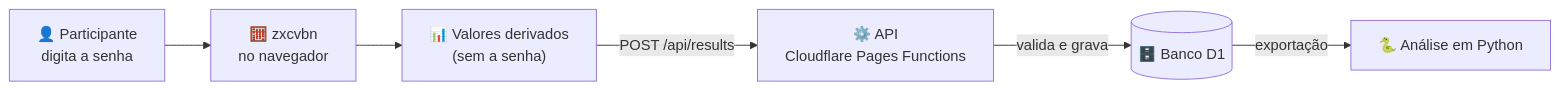
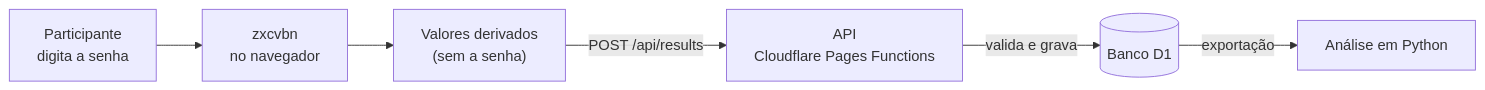
The diagram in README.md (matheusyuribr/pesquisa-senhas-pucminas), drawn with Mermaid before and after one commit. The commit also changed other lines of this file, not shown here.

````diff
--- a/README.md
+++ b/README.md
@@ -46,8 +46,8 @@
 ```mermaid
 flowchart LR
-    A["👤 Participante<br/>digita a senha"] --> B["🧮 zxcvbn<br/>no navegador"]
-    B --> C["📊 Valores derivados<br/>(sem a senha)"]
-    C -->|"POST /api/results"| D["⚙️ API<br/>Cloudflare Pages Functions"]
-    D -->|valida e grava| E[("🗄️ Banco D1")]
-    E -->|exportação| F["🐍 Análise em Python"]
+    A["Participante<br/>digita a senha"] --> B["zxcvbn<br/>no navegador"]
+    B --> C["Valores derivados<br/>(sem a senha)"]
+    C -->|"POST /api/results"| D["API<br/>Cloudflare Pages Functions"]
+    D -->|valida e grava| E[("Banco D1")]
+    E -->|exportação| F["Análise em Python"]
 ```
````
